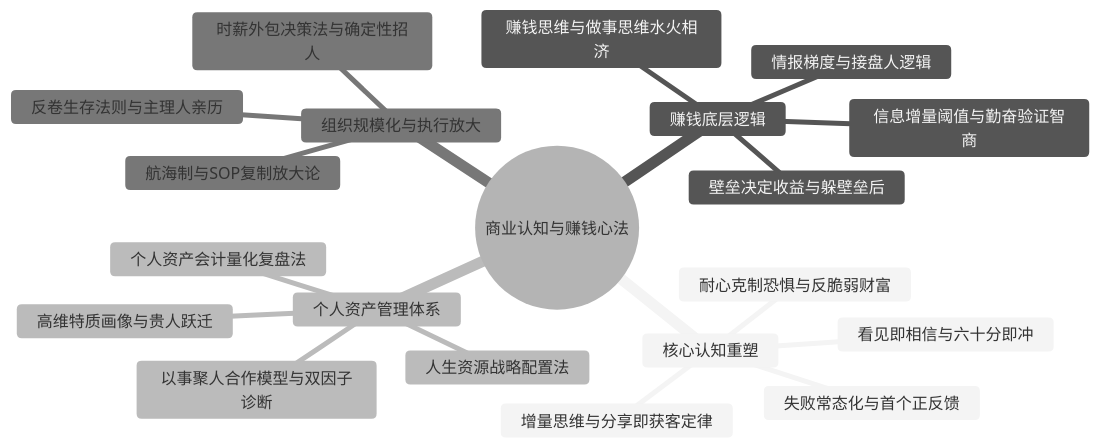
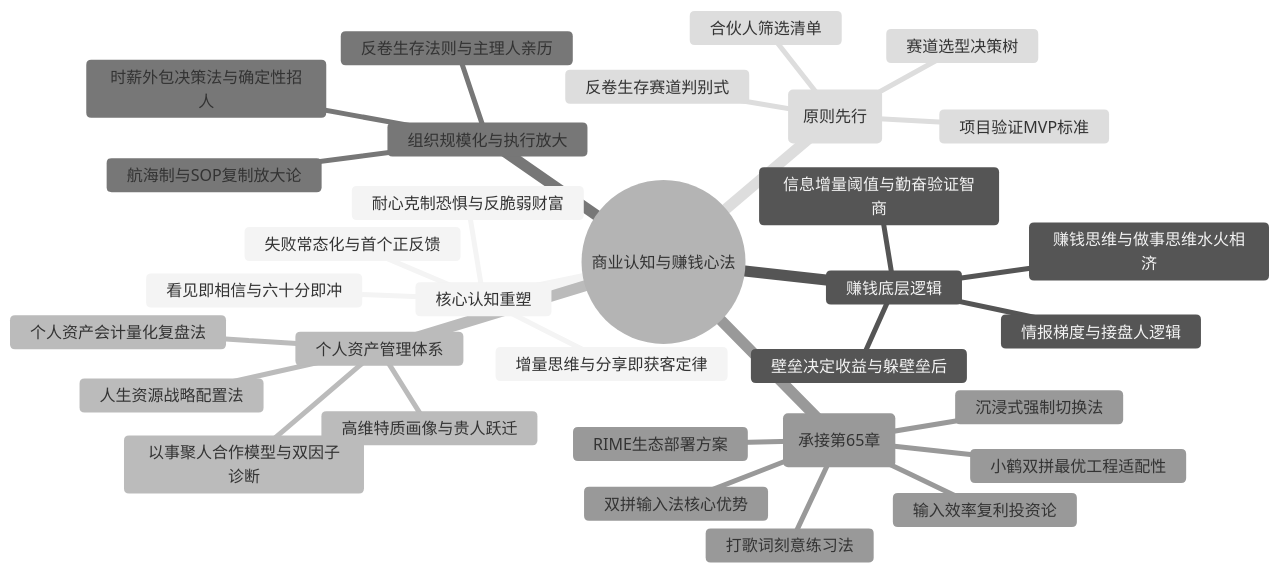
Before and after one commit to OpenDocCN1/flygon-zhuanqian-zhoubao: the diagram in docs/202303_paper2textbook/chapter_066.md, drawn with Mermaid (neutral theme). The commit also changed other lines of this file and 2 other files, not shown here.

````diff
--- a/docs/202303_paper2textbook/chapter_066.md
+++ b/docs/202303_paper2textbook/chapter_066.md
@@ -29,23 +34,35 @@
 ```mermaid
 mindmap
   root((商业认知与赚钱心法))
     核心认知重塑
       增量思维与分享即获客定律
       失败常态化与首个正反馈
       看见即相信与六十分即冲
       耐心克制恐惧与反脆弱财富
     赚钱底层逻辑
       壁垒决定收益与躲壁垒后
       赚钱思维与做事思维水火相济
       情报梯度与接盘人逻辑
       信息增量阈值与勤奋验证智商
     个人资产管理体系
       个人资产会计量化复盘法
       人生资源战略配置法
       高维特质画像与贵人跃迁
       以事聚人合作模型与双因子诊断
     组织规模化与执行放大
       航海制与SOP复制放大论
       时薪外包决策法与确定性招人
       反卷生存法则与主理人亲历
+    工具效能基座(承接第65章)
+      双拼输入法核心优势
+      小鹤双拼最优工程适配性
+      RIME生态部署方案
+      沉浸式强制切换法
+      打歌词刻意练习法
+      输入效率复利投资论
+    决策逻辑统一性(原则先行)
+      赛道选型决策树
+      合伙人筛选清单
+      项目验证MVP标准
+      反卷生存赛道判别式
 ```
````
